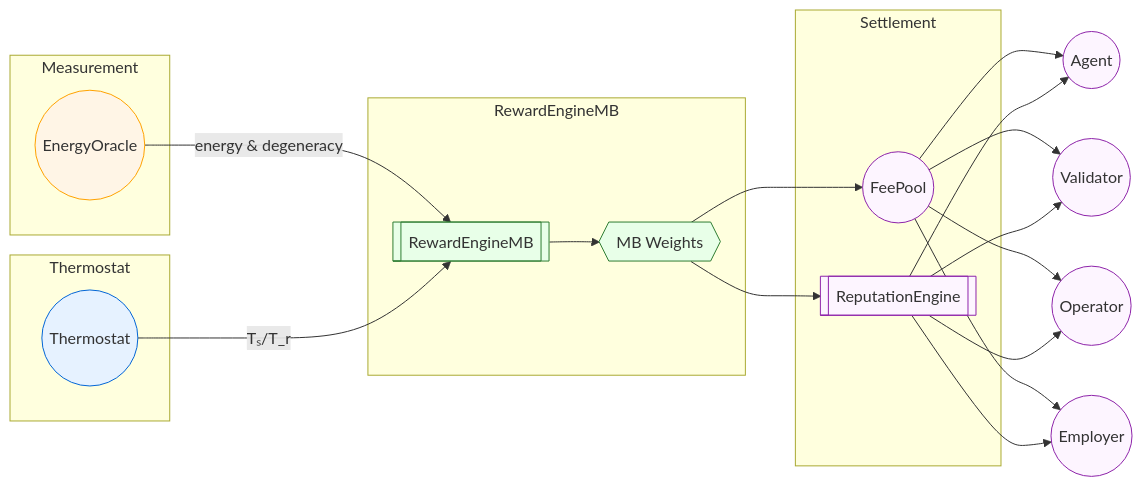
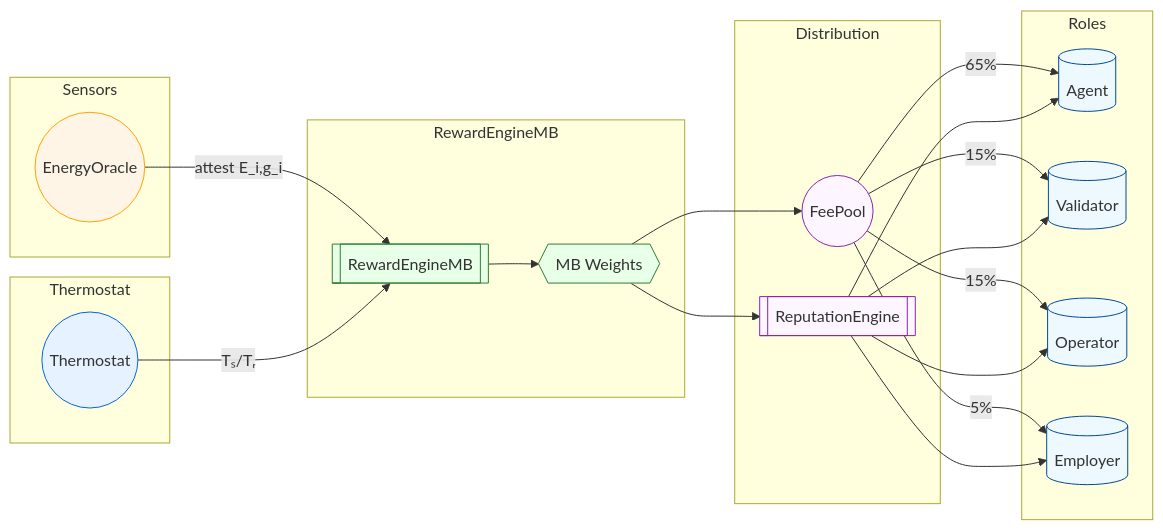
Before and after one commit to MontrealAI/AGIJobsv0: the first of 2 diagrams in docs/universal-platform-incentive-architecture.md, drawn with Mermaid. The commit also changed 1 other file, not shown here.

Commit message:
docs: enrich thermodynamic incentive diagrams

````diff
--- a/docs/universal-platform-incentive-architecture.md
+++ b/docs/universal-platform-incentive-architecture.md
@@ -32,40 +32,49 @@
 ```mermaid
 flowchart LR
-    subgraph Measurement["Measurement"]
+    subgraph Inputs["Sensors"]
         EO((EnergyOracle))
     end
     subgraph Control["Thermostat"]
         TH((Thermostat))
     end
     subgraph Engine["RewardEngineMB"]
         RE[[RewardEngineMB]]
         MB{{MB Weights}}
     end
-    subgraph Settlement["Settlement"]
+    subgraph Outputs["Distribution"]
         FP((FeePool))
         REP[[ReputationEngine]]
     end
+    subgraph Roles
+        A[(Agent)]
+        V[(Validator)]
+        O[(Operator)]
+        E[(Employer)]
+    end
 
-    EO -- energy & degeneracy --> RE
-    TH -- Tₛ/T_r --> RE
+    EO -- "attest E_i,g_i" --> RE
+    TH -- "Tₛ/Tᵣ" --> RE
     RE --> MB
     MB --> FP
     MB --> REP
-    FP --> Agent((Agent))
-    FP --> Validator((Validator))
-    FP --> Operator((Operator))
-    FP --> Employer((Employer))
-    REP --> Agent
-    REP --> Validator
-    REP --> Operator
-    REP --> Employer
+    FP -->|65%| A
+    FP -->|15%| V
+    FP -->|15%| O
+    FP -->|5%| E
+    REP --> A
+    REP --> V
+    REP --> O
+    REP --> E
 
     classDef meas fill:#fff5e6,stroke:#ffa200,stroke-width:1px;
     classDef ctrl fill:#e6f2ff,stroke:#0366d6,stroke-width:1px;
     classDef engine fill:#e8ffe8,stroke:#2e7d32,stroke-width:1px;
-    classDef settle fill:#fdf5ff,stroke:#8e24aa,stroke-width:1px;
+    classDef out fill:#fdf5ff,stroke:#8e24aa,stroke-width:1px;
+    classDef roles fill:#eef9ff,stroke:#004a99,stroke-width:1px;
+
     class EO meas;
     class TH ctrl;
     class RE,MB engine;
-    class FP,REP,Agent,Validator,Operator,Employer settle;
+    class FP,REP out;
+    class A,V,O,E roles;
 ```
````
